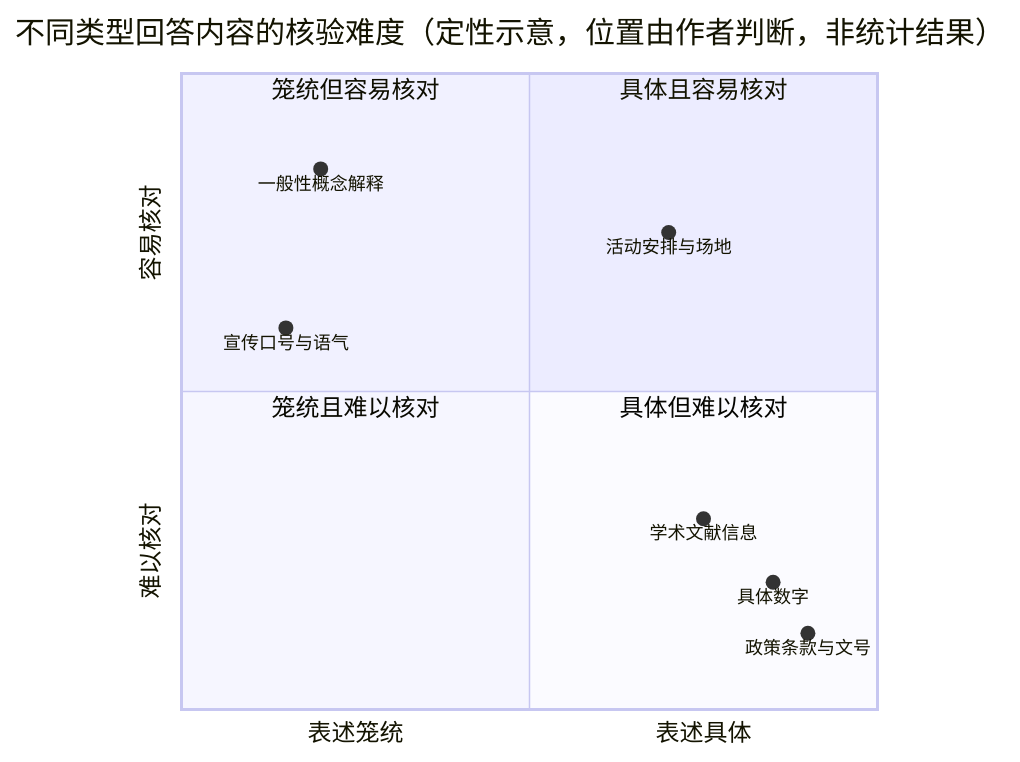
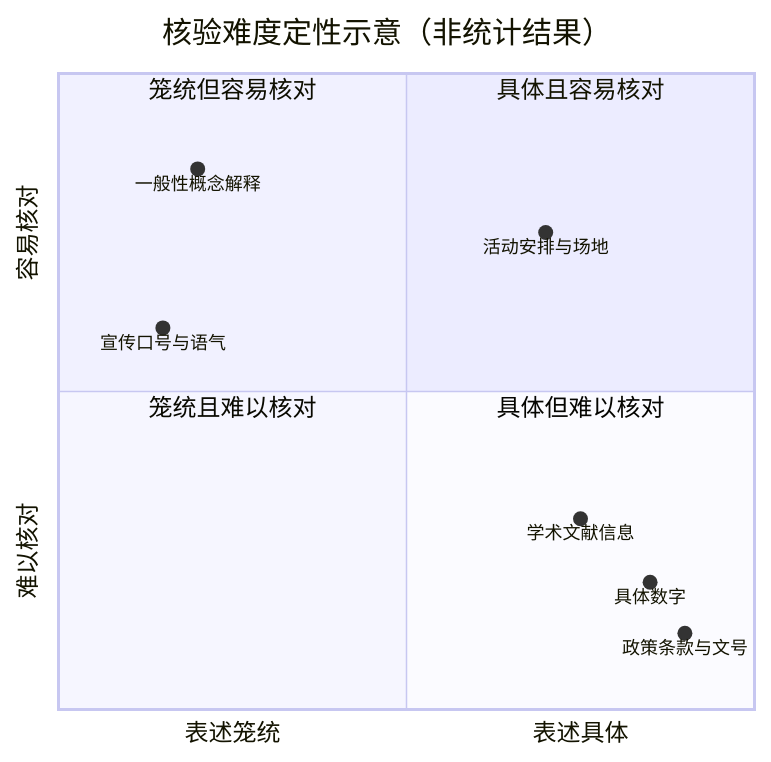
Before and after one commit to xuehui003-1/book: the diagram in 《AI工具实战应用》/样章图片/mermaid/fig2-7_核验可行性定性示意.mmd, drawn with Mermaid. The commit also changed 18 other files, not shown here.

Commit message:
AI工具实战应用：修正第3章图片布局（横向流程、中文字体）、重新生成第3章docx；修正第2章核验难度象限图标题截断并更新样章v7/v8

```diff
--- a/《AI工具实战应用》/样章图片/mermaid/fig2-7_核验可行性定性示意.mmd
+++ b/《AI工具实战应用》/样章图片/mermaid/fig2-7_核验可行性定性示意.mmd
@@ -1,14 +1,14 @@
 quadrantChart
-  title 不同类型回答内容的核验难度（定性示意，位置由作者判断，非统计结果）
+  title 核验难度定性示意（非统计结果）
   x-axis 表述笼统 --> 表述具体
   y-axis 难以核对 --> 容易核对
   quadrant-1 具体且容易核对
   quadrant-2 笼统但容易核对
   quadrant-3 笼统且难以核对
   quadrant-4 具体但难以核对
   "一般性概念解释": [0.2, 0.85]
   "活动安排与场地": [0.7, 0.75]
   "宣传口号与语气": [0.15, 0.6]
   "具体数字": [0.85, 0.2]
   "政策条款与文号": [0.9, 0.12]
   "学术文献信息": [0.75, 0.3]
```
